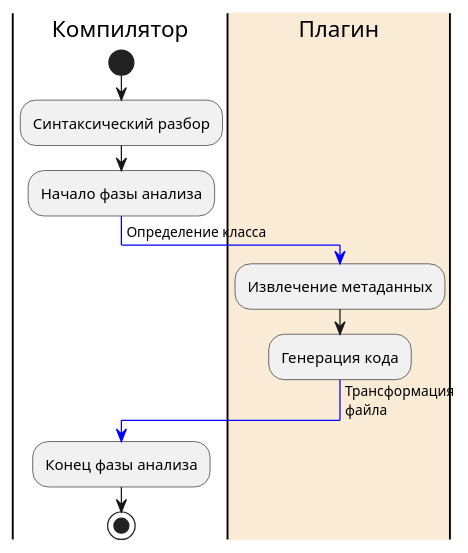
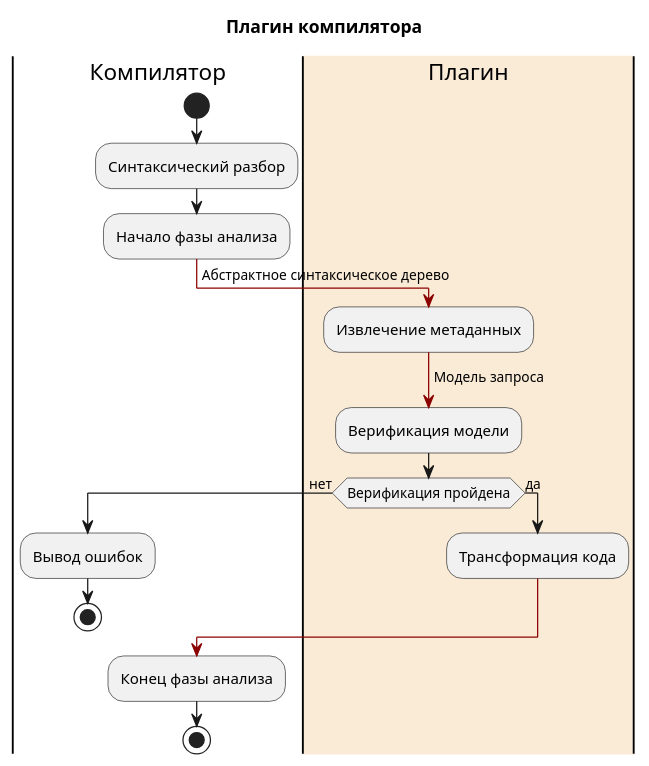
Before and after one commit to koperagen/konnekt: the diagram in docs/integration_compiler.puml, drawn with PlantUML. The commit also changed 3 other files, not shown here.

```diff
--- a/docs/integration_compiler.puml
+++ b/docs/integration_compiler.puml
@@ -1,17 +1,25 @@
 @startuml
-
+title Плагин компилятора
 |Компилятор|
 start
 :Синтаксический разбор;
 :Начало фазы анализа;
- -[#blue]-> Определение класса;
+ -[#darkred]-> Абстрактное синтаксическое дерево;
 |#AntiqueWhite|Плагин|
 :Извлечение метаданных;
-:Генерация кода;
- -[#blue]-> Трансформация
-файла;
+ -[#darkred]-> Модель запроса;
+:Верификация модели;
+if (Верификация пройдена) then (нет)
+    |Компилятор|
+    :Вывод ошибок;
+    stop
+else (да)
+    |Плагин|
+    :Трансформация кода;
+    -[#darkred]-> Трансформация файла;
+endif
 |Компилятор|
 :Конец фазы анализа;
 stop
 
 @enduml
```
